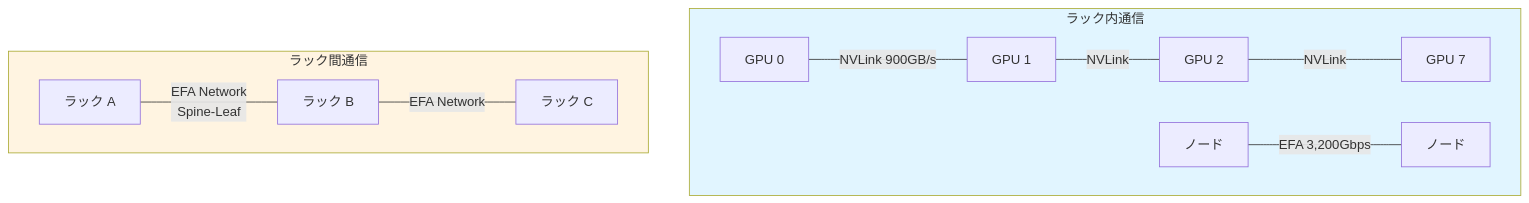
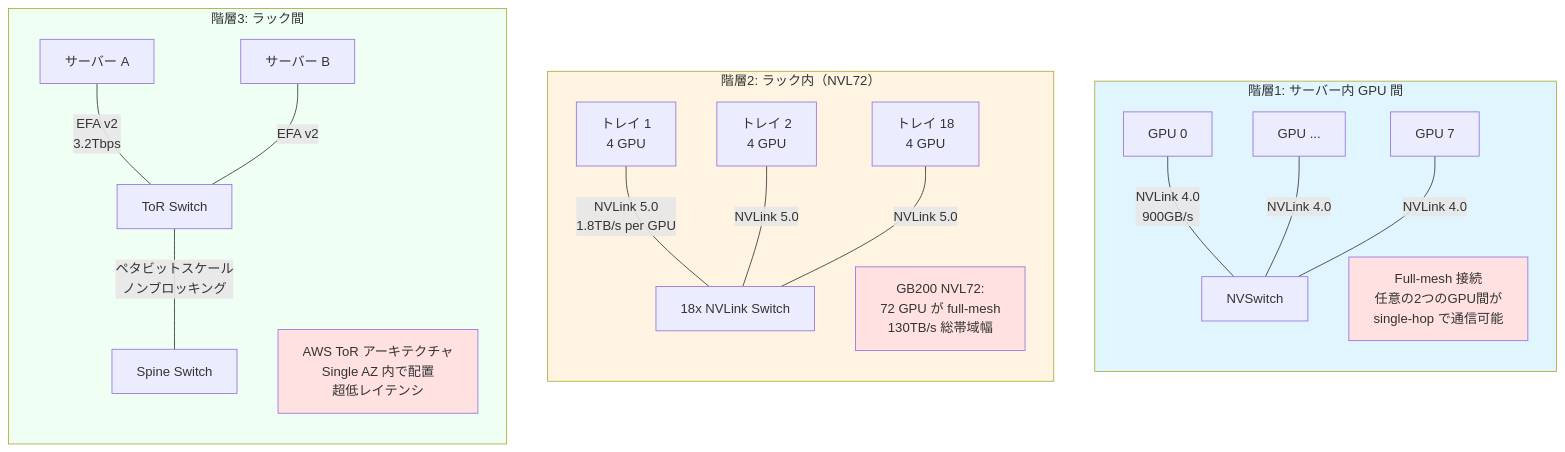
Before and after one commit to littlemex/zenn: the third of 6 diagrams in books/distributed-experiment-collection/infrastructures.md, drawn with Mermaid. The commit also changed other lines of this file, not shown here.

````diff
--- a/books/distributed-experiment-collection/infrastructures.md
+++ b/books/distributed-experiment-collection/infrastructures.md
@@ -365,18 +373,51 @@
 ```mermaid
 graph TB
-    subgraph Rack["ラック内通信"]
-        GPU1[GPU 0] ---|NVLink 900GB/s| GPU2[GPU 1]
-        GPU2 ---|NVLink| GPU3[GPU 2]
-        GPU3 ---|NVLink| GPU4[GPU 7]
+    subgraph Layer1["階層1: サーバー内 GPU 間"]
+        direction TB
+        GPU1[GPU 0]
+        GPU2[GPU ...]
+        GPU3[GPU 7]
+        NVSwitch1[NVSwitch]
         
-        Node1[ノード] ---|EFA 3,200Gbps| Node2[ノード]
+        GPU1 ---|NVLink 4.0<br/>900GB/s| NVSwitch1
+        GPU2 ---|NVLink 4.0| NVSwitch1
+        GPU3 ---|NVLink 4.0| NVSwitch1
+        
+        Note1[Full-mesh 接続<br/>任意の2つのGPU間が<br/>single-hop で通信可能]
     end
     
-    subgraph CrossRack["ラック間通信"]
-        Rack1[ラック A] ---|EFA Network<br/>Spine-Leaf| Rack2[ラック B]
-        Rack2 ---|EFA Network| Rack3[ラック C]
+    subgraph Layer2["階層2: ラック内（NVL72）"]
+        direction TB
+        Tray1[トレイ 1<br/>4 GPU]
+        Tray2[トレイ 2<br/>4 GPU]
+        Tray18[トレイ 18<br/>4 GPU]
+        NVLSwitch[18x NVLink Switch]
+        
+        Tray1 ---|NVLink 5.0<br/>1.8TB/s per GPU| NVLSwitch
+        Tray2 ---|NVLink 5.0| NVLSwitch
+        Tray18 ---|NVLink 5.0| NVLSwitch
+        
+        Note2[GB200 NVL72:<br/>72 GPU が full-mesh<br/>130TB/s 総帯域幅]
     end
     
-    style Rack fill:#e1f5ff
-    style CrossRack fill:#fff4e1
+    subgraph Layer3["階層3: ラック間"]
+        direction TB
+        Server1[サーバー A]
+        Server2[サーバー B]
+        ToR[ToR Switch]
+        Spine[Spine Switch]
+        
+        Server1 ---|EFA v2<br/>3.2Tbps| ToR
+        Server2 ---|EFA v2| ToR
+        ToR ---|ペタビットスケール<br/>ノンブロッキング| Spine
+        
+        Note3[AWS ToR アーキテクチャ<br/>Single AZ 内で配置<br/>超低レイテンシ]
+    end
+    
+    style Layer1 fill:#e1f5ff
+    style Layer2 fill:#fff4e1
+    style Layer3 fill:#f0fff4
+    style Note1 fill:#ffe1e1
+    style Note2 fill:#ffe1e1
+    style Note3 fill:#ffe1e1
 ```
````
